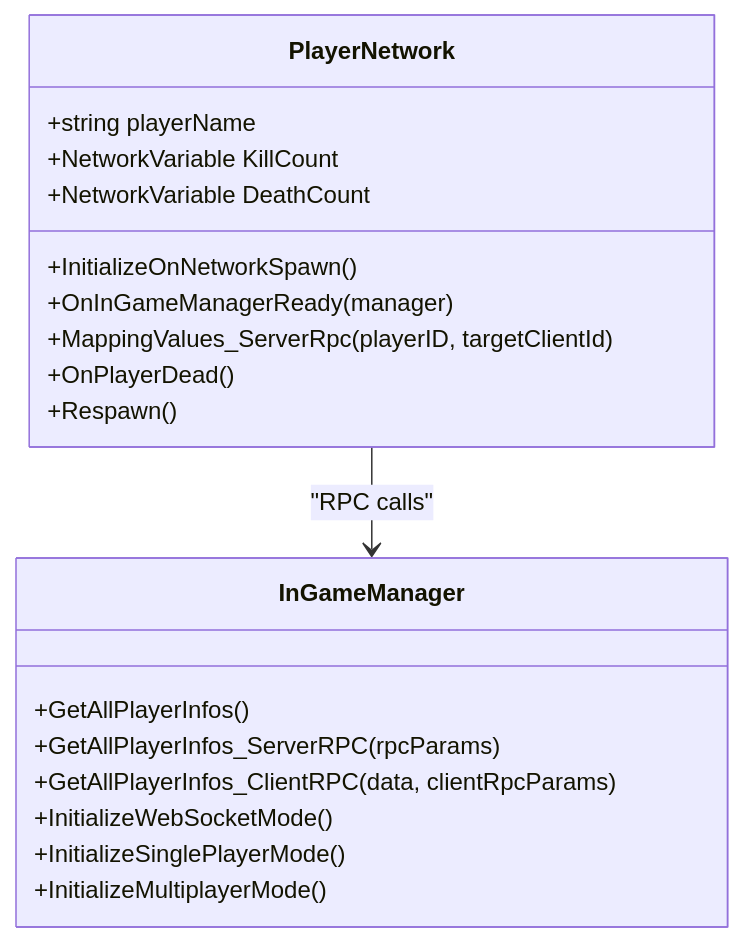
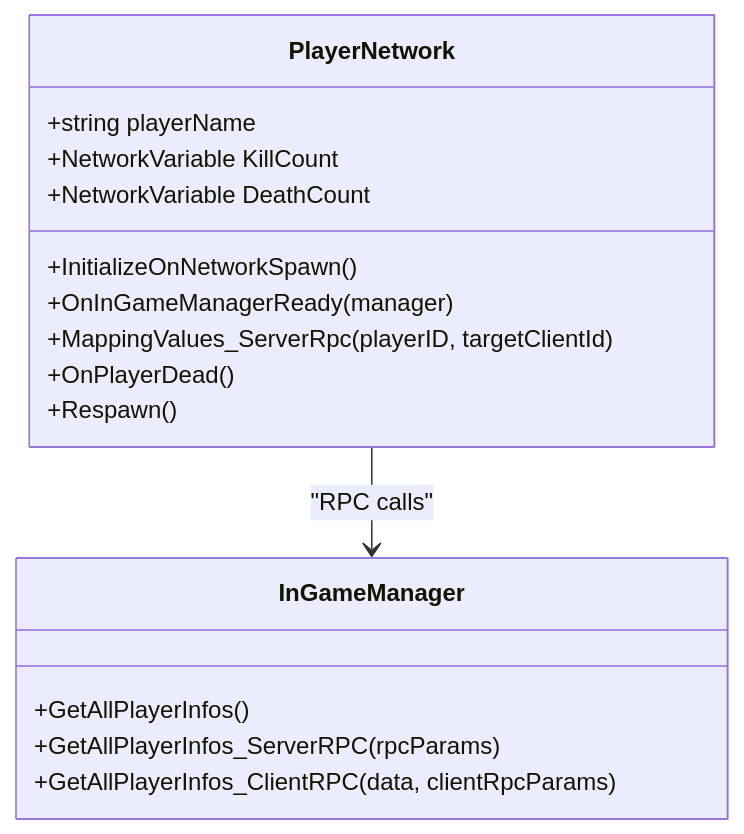
One commit to kandeng/AI-Controlled-battle-game changed the third of 7 diagrams in .qoder/repowiki/en/content/Multiplayer System/Multiplayer System.md. Above: the diagram before and after it, drawn with Mermaid. The commit also changed other lines of this file and 6 other files, not shown here.

First line of the commit message:
Fix single-player mode - NetworkManager not starting

````diff
--- a/.qoder/repowiki/en/content/Multiplayer System/Multiplayer System.md
+++ b/.qoder/repowiki/en/content/Multiplayer System/Multiplayer System.md
@@ -189,22 +149,19 @@
 ```mermaid
 classDiagram
 class PlayerNetwork {
 +string playerName
 +NetworkVariable<int> KillCount
 +NetworkVariable<int> DeathCount
 +InitializeOnNetworkSpawn()
 +OnInGameManagerReady(manager)
 +MappingValues_ServerRpc(playerID, targetClientId)
 +OnPlayerDead()
 +Respawn()
 }
 class InGameManager {
 +GetAllPlayerInfos()
 +GetAllPlayerInfos_ServerRPC(rpcParams)
 +GetAllPlayerInfos_ClientRPC(data, clientRpcParams)
-+InitializeWebSocketMode()
-+InitializeSinglePlayerMode()
-+InitializeMultiplayerMode()
 }
 PlayerNetwork --> InGameManager : "RPC calls"
 ```
````
